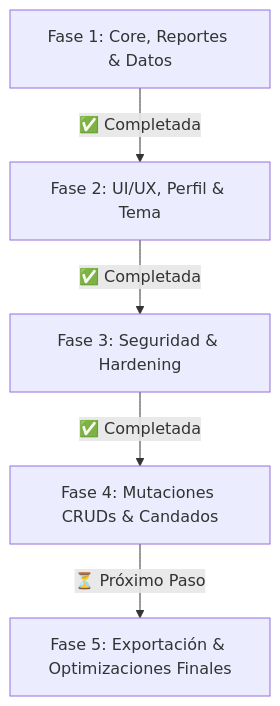
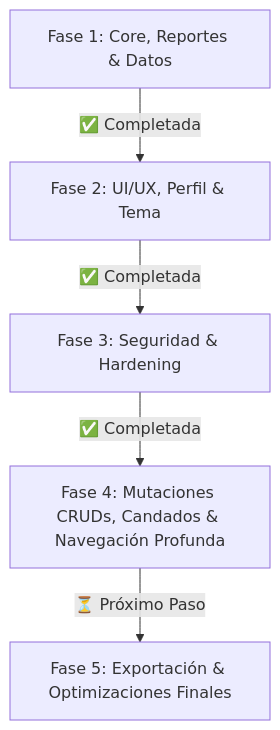
The diagram in REQUERIMIENTOS.md (MauricioLS-022/Programa-servicio), drawn with Mermaid before and after one commit. The commit also changed other lines of this file and 9 other files, not shown here.

````diff
--- a/REQUERIMIENTOS.md
+++ b/REQUERIMIENTOS.md
@@ -164,7 +163,7 @@
 ```mermaid
 graph TD
     A[Fase 1: Core, Reportes & Datos] -->|✅ Completada| B[Fase 2: UI/UX, Perfil & Tema]
     B -->|✅ Completada| C[Fase 3: Seguridad & Hardening]
-    C -->|✅ Completada| D[Fase 4: Mutaciones CRUDs & Candados]
+    C -->|✅ Completada| D[Fase 4: Mutaciones CRUDs, Candados & Navegación Profunda]
     D -->|⏳ Próximo Paso| E[Fase 5: Exportación & Optimizaciones Finales]
 ```
````
